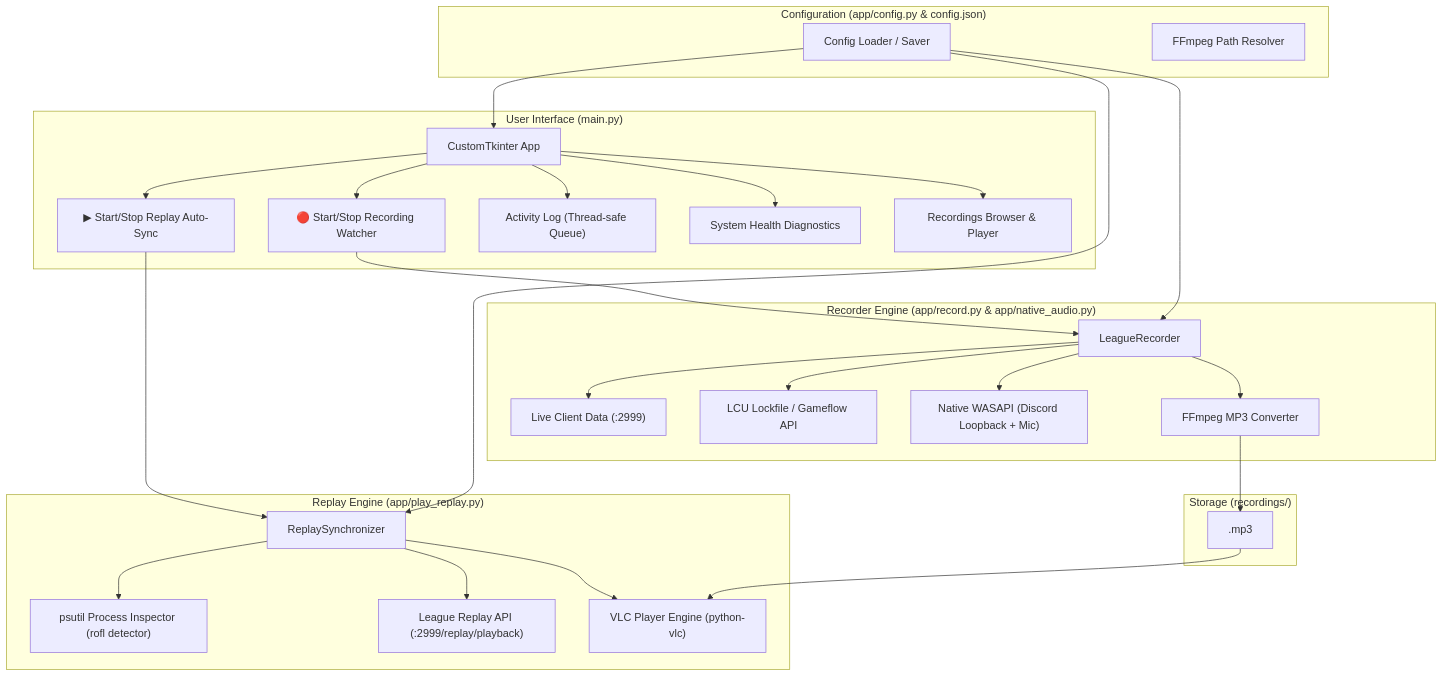
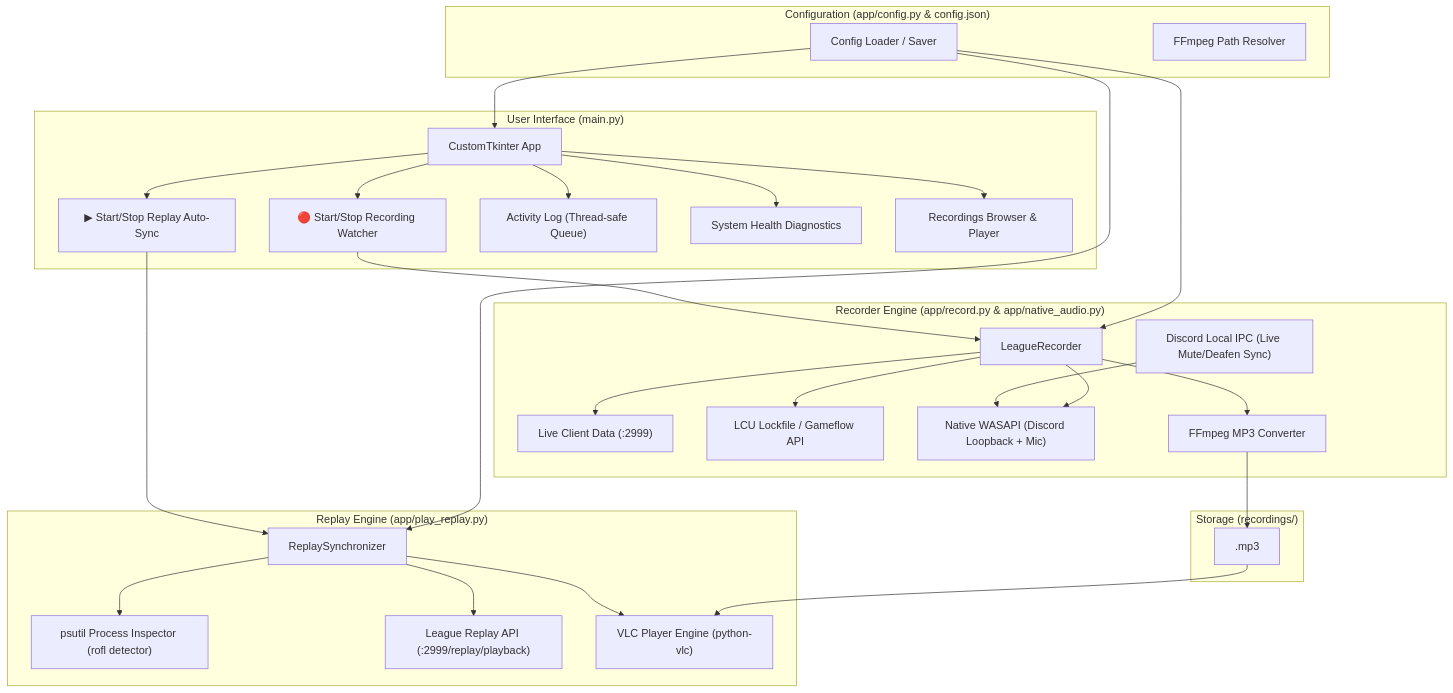
Before and after one commit to betterix/league-voice-recorder: the diagram in AGENTS.md, drawn with Mermaid. The commit also changed other lines of this file and 11 other files, not shown here.

````diff
--- a/AGENTS.md
+++ b/AGENTS.md
@@ -68,51 +74,53 @@
 ```mermaid
 flowchart TD
     subgraph UI_Layer ["User Interface (main.py)"]
         GUI["CustomTkinter App"]
         RecBtn["🔴 Start/Stop Recording Watcher"]
         RepBtn["▶ Start/Stop Replay Auto-Sync"]
         LogBox["Activity Log (Thread-safe Queue)"]
         HealthRibbon["System Health Diagnostics"]
         RecExplorer["Recordings Browser & Player"]
     end
 
     subgraph Config_Layer ["Configuration (app/config.py & config.json)"]
         Cfg["Config Loader / Saver"]
         FFmpegHelper["FFmpeg Path Resolver"]
     end
 
     subgraph Recorder_Engine ["Recorder Engine (app/record.py & app/native_audio.py)"]
         LeagueRec["LeagueRecorder"]
         LiveAPI["Live Client Data (:2999)"]
         LCULockfile["LCU Lockfile / Gameflow API"]
+        DiscordIPC["Discord Local IPC (Live Mute/Deafen Sync)"]
         NativeWASAPI["Native WASAPI (Discord Loopback + Mic)"]
         FFmpegProc["FFmpeg MP3 Converter"]
     end
 
     subgraph Replay_Engine ["Replay Engine (app/play_replay.py)"]
         ReplaySync["ReplaySynchronizer"]
         ProcIter["psutil Process Inspector (rofl detector)"]
         ReplayAPI["League Replay API (:2999/replay/playback)"]
         VLC["VLC Player Engine (python-vlc)"]
     end
 
     subgraph Storage ["Storage (recordings/)"]
         AudioFiles["<GameID>.mp3"]
     end
 
     GUI --> RecBtn & RepBtn & LogBox & HealthRibbon & RecExplorer
     RecBtn --> LeagueRec
     RepBtn --> ReplaySync
     Cfg --> LeagueRec & ReplaySync & GUI
 
     LeagueRec --> LiveAPI
     LeagueRec --> LCULockfile
+    DiscordIPC --> NativeWASAPI
     LeagueRec --> NativeWASAPI
     LeagueRec --> FFmpegProc
     FFmpegProc --> AudioFiles
 
     ReplaySync --> ProcIter
     ReplaySync --> ReplayAPI
     ReplaySync --> VLC
     AudioFiles --> VLC
 ```
````
